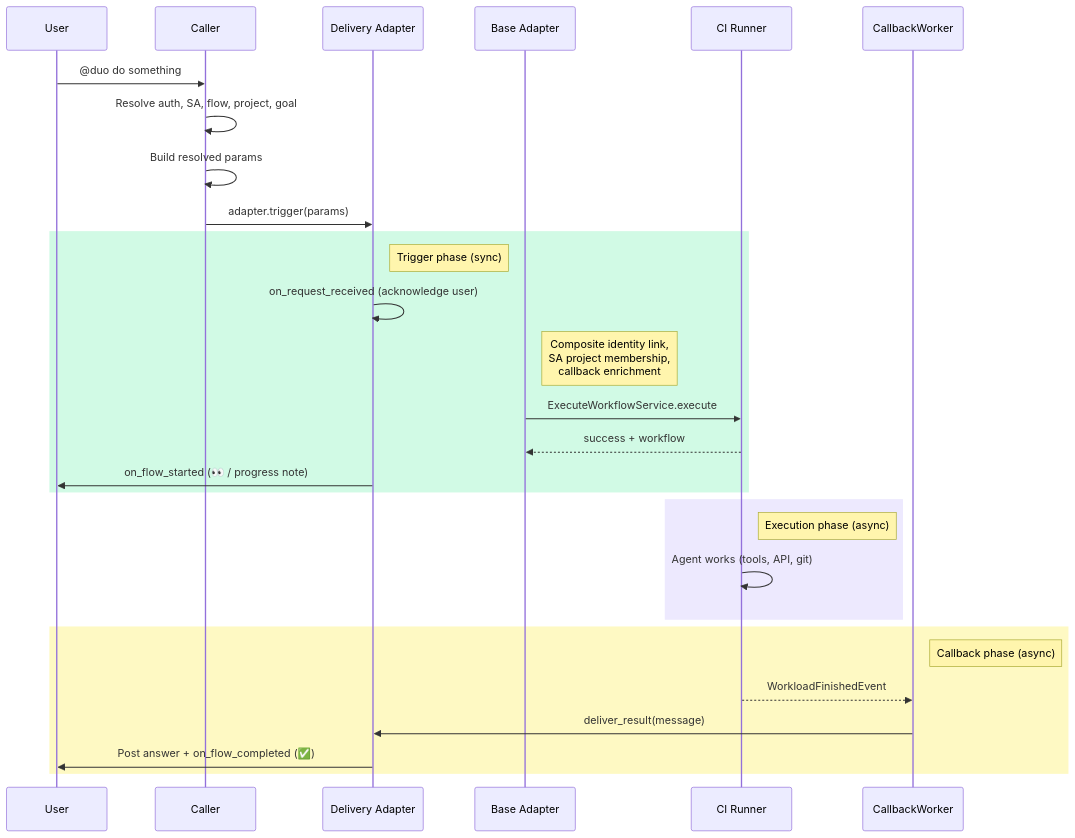
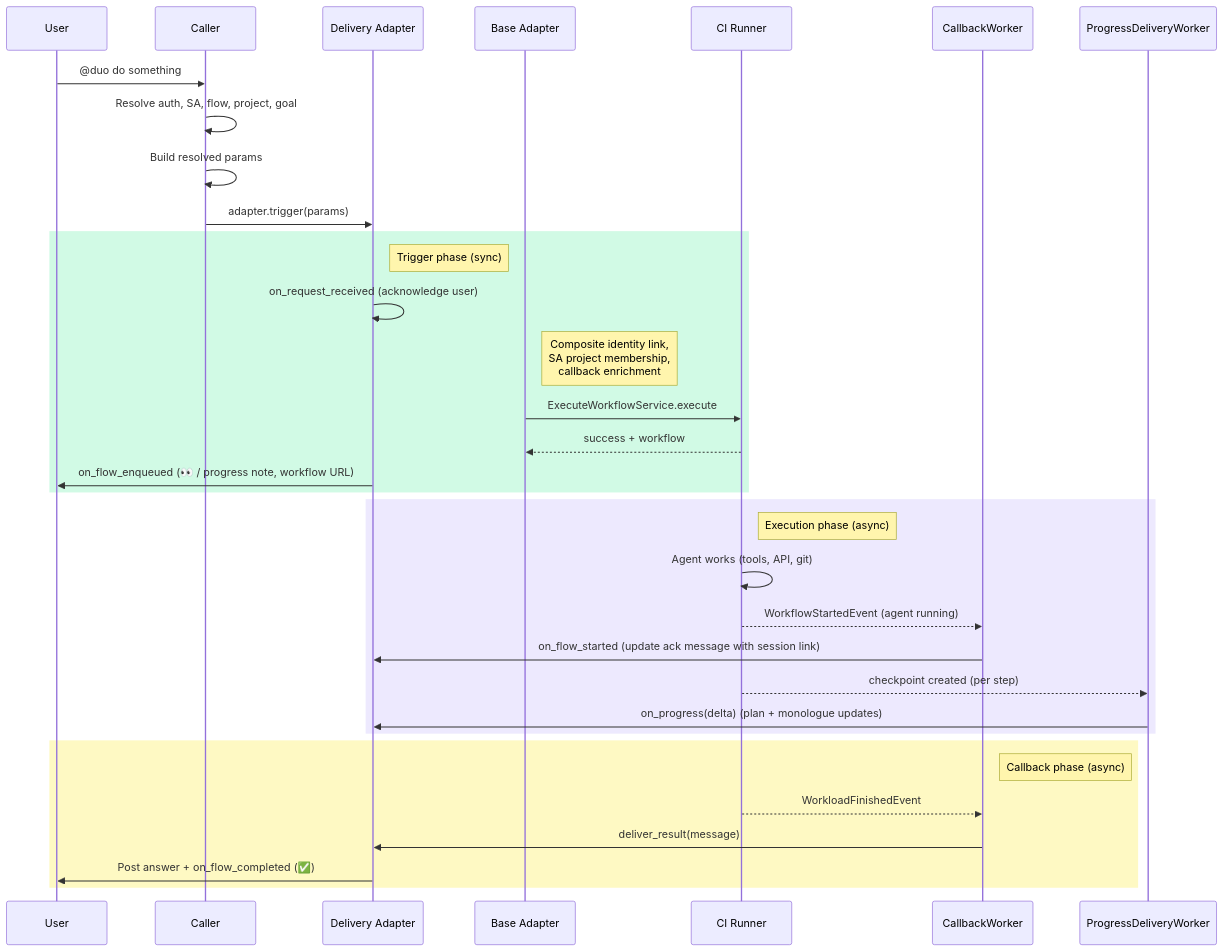
Before and after one commit to kyama0/gitlab-handbook-ja: the second of 4 diagrams in content/handbook/engineering/architecture/design-documents/duo_workflow/decisions/008_duo_messaging_service.md, drawn with Mermaid. The commit also changed other lines of this file and 123 other files, not shown here.

````diff
--- a/content/handbook/engineering/architecture/design-documents/duo_workflow/decisions/008_duo_messaging_service.md
+++ b/content/handbook/engineering/architecture/design-documents/duo_workflow/decisions/008_duo_messaging_service.md
@@ -80,35 +83,40 @@
 ```mermaid
 sequenceDiagram
     participant User
     participant Caller as Caller
     participant Adapter as Delivery Adapter
     participant Base as Base Adapter
     participant CI as CI Runner
     participant CW as CallbackWorker
+    participant PW as ProgressDeliveryWorker
 
     User->>Caller: @duo do something
     Caller->>Caller: Resolve auth, SA, flow, project, goal
     Caller->>Caller: Build resolved params
     Caller->>Adapter: adapter.trigger(params)
 
     rect rgb(209, 250, 229)
         Note right of Adapter: Trigger phase (sync)
         Adapter->>Adapter: on_request_received (acknowledge user)
         Note right of Base: Composite identity link,<br/>SA project membership,<br/>callback enrichment
         Base->>CI: ExecuteWorkflowService.execute
         CI-->>Base: success + workflow
-        Adapter->>User: on_flow_started (👀 / progress note)
+        Adapter->>User: on_flow_enqueued (👀 / progress note, workflow URL)
     end
 
     rect rgb(237, 233, 254)
         Note right of CI: Execution phase (async)
         CI->>CI: Agent works (tools, API, git)
+        CI-->>CW: WorkflowStartedEvent (agent running)
+        CW->>Adapter: on_flow_started (update ack message with session link)
+        CI-->>PW: checkpoint created (per step)
+        PW->>Adapter: on_progress(delta) (plan + monologue updates)
     end
 
     rect rgb(254, 249, 195)
         Note right of CW: Callback phase (async)
         CI-->>CW: WorkloadFinishedEvent
         CW->>Adapter: deliver_result(message)
         Adapter->>User: Post answer + on_flow_completed (✅)
     end
 ```
````
